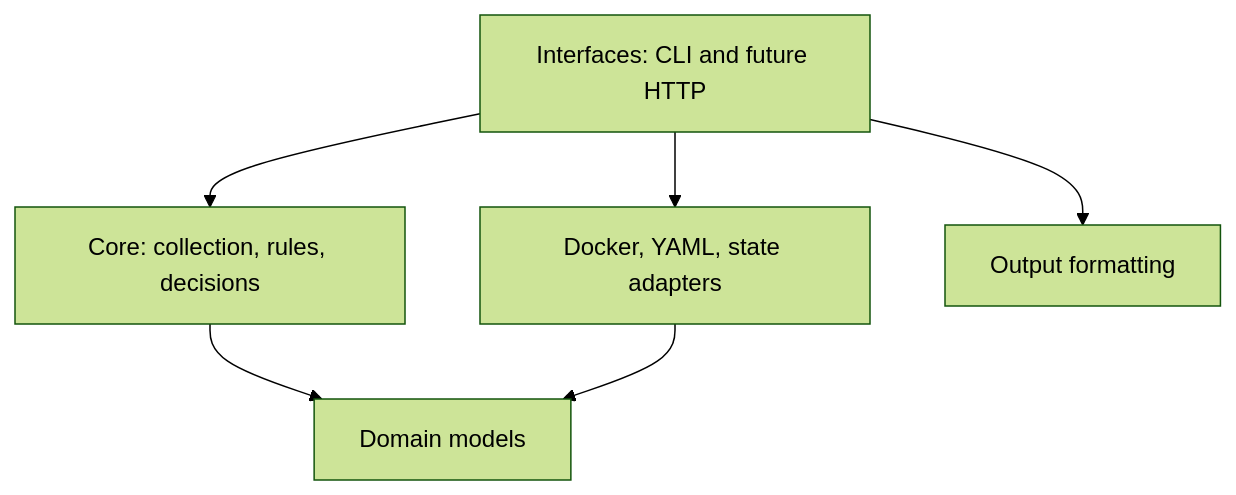
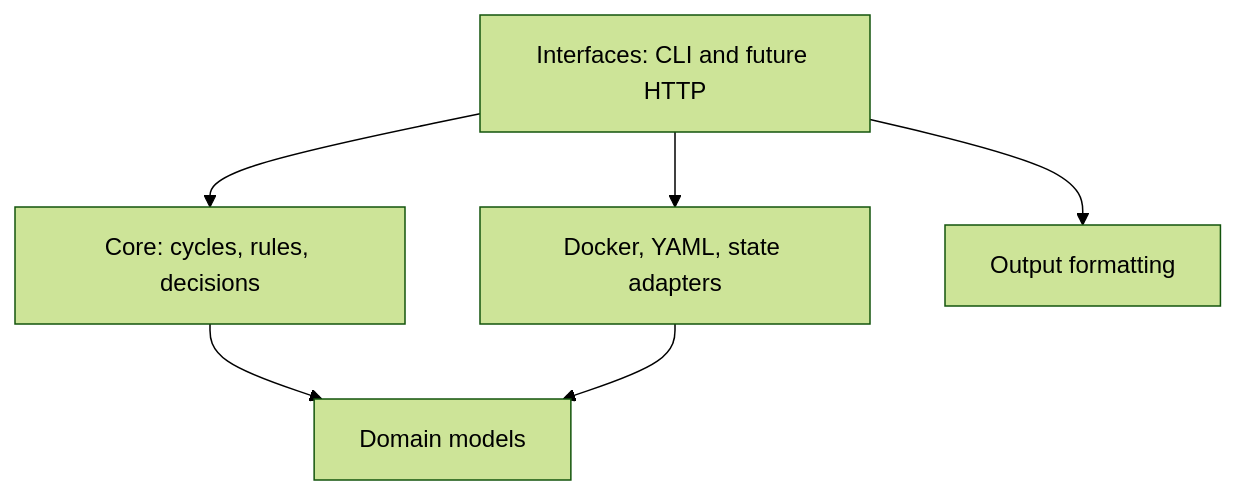
Before and after one commit to decryptus/monit-docker: the diagram in docs/architecture.md, drawn with Mermaid (forest theme). The commit also changed other lines of this file and 18 other files, not shown here.

````diff
--- a/docs/architecture.md
+++ b/docs/architecture.md
@@ -9,8 +9,8 @@
 ```mermaid
 flowchart TD
-    CLI["Interfaces: CLI and future HTTP"] --> Core["Core: collection, rules, decisions"]
+    CLI["Interfaces: CLI and future HTTP"] --> Core["Core: cycles, rules, decisions"]
     Core --> Domain["Domain models"]
     Adapters["Docker, YAML, state adapters"] --> Domain
     CLI --> Adapters
     CLI --> Outputs["Output formatting"]
 ```
````
